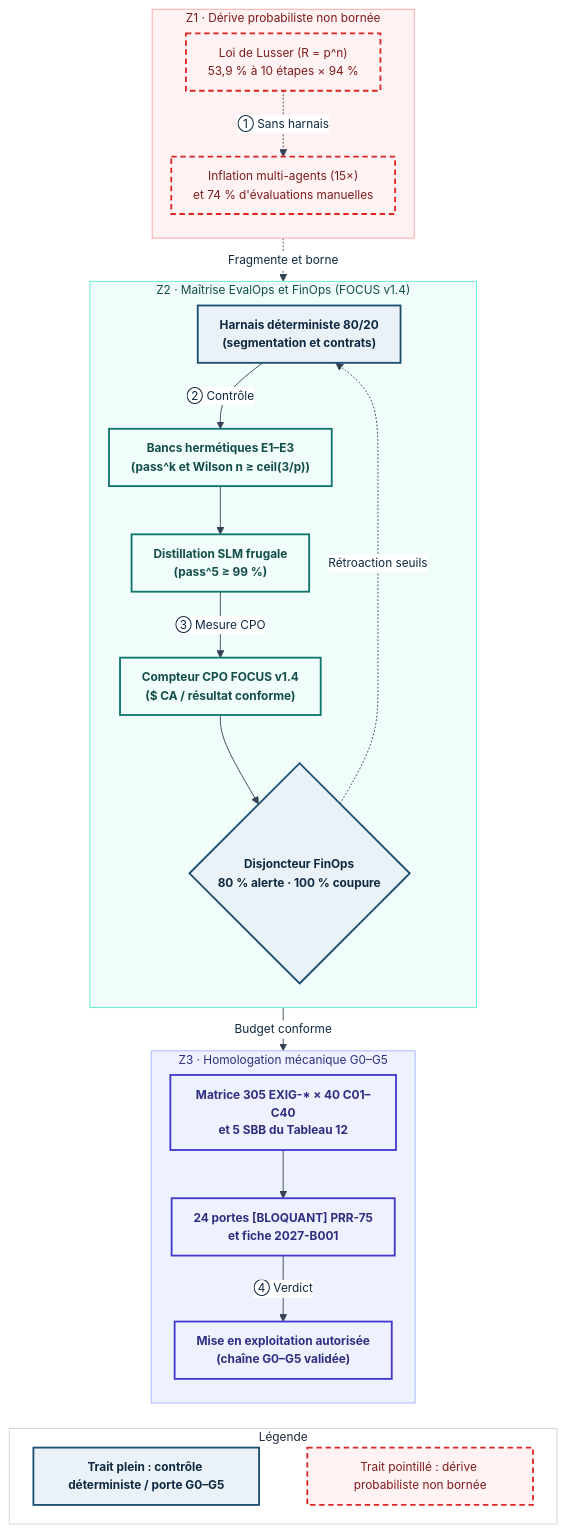
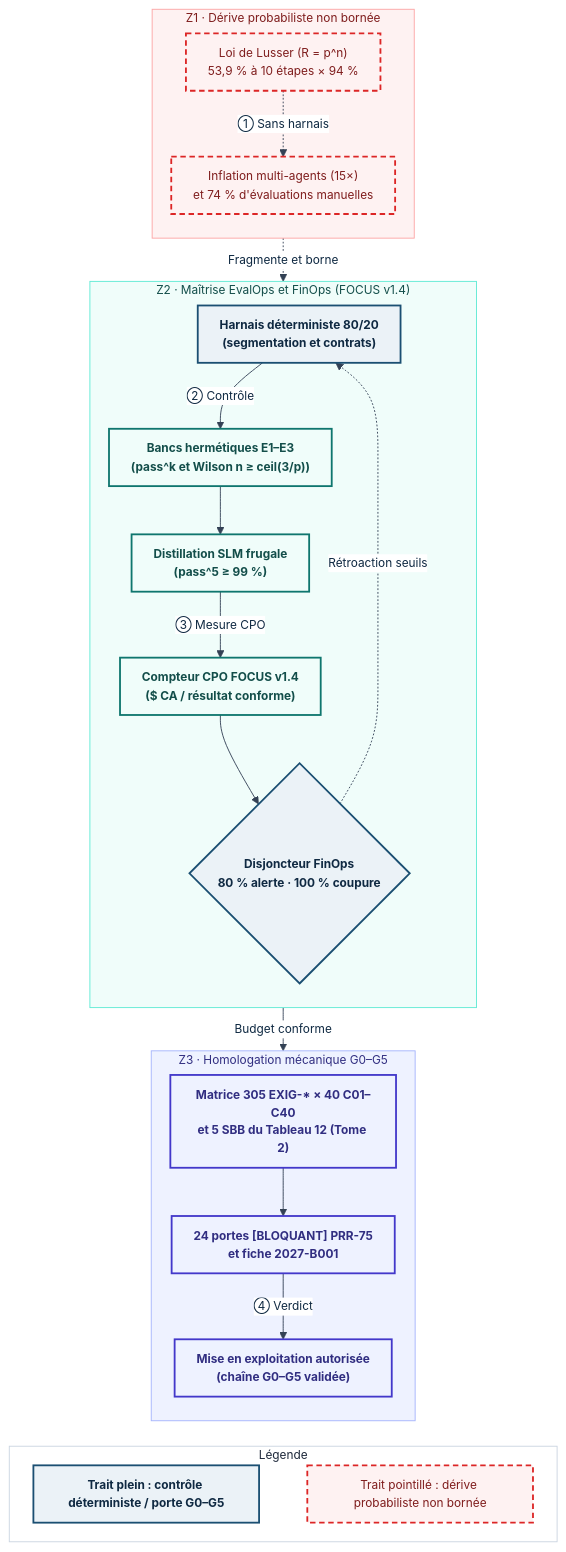
Before and after one commit to agbruneau/Agentique: the diagram in Sources/Compendium/ouvrage/schemas/SCH-00-04.mmd, drawn with Mermaid. The commit also changed 121 other files, not shown here.

```diff
--- a/Sources/Compendium/ouvrage/schemas/SCH-00-04.mmd
+++ b/Sources/Compendium/ouvrage/schemas/SCH-00-04.mmd
@@ -1,51 +1,51 @@
 %%{init: {'theme': 'base', 'themeVariables': {'fontFamily': 'DejaVu Sans', 'fontSize': '13px', 'lineColor': '#334155', 'edgeLabelBackground': '#FFFFFF', 'primaryTextColor': '#0F2942'}, 'flowchart': {'nodeSpacing': 22, 'rankSpacing': 28, 'padding': 12}}}%%
 flowchart TB
   subgraph Z1["Z1 · Dérive probabiliste non bornée"]
     direction TB
     N1["Loi de Lusser (R = p^n)<br/>53,9 % à 10 étapes × 94 %"]:::warn
     N2["Inflation multi-agents (15×)<br/>et 74 % d'évaluations manuelles"]:::warn
     N1 -.->|"① Sans harnais"| N2
   end
 
   subgraph Z2["Z2 · Maîtrise EvalOps et FinOps (FOCUS v1.4)"]
     direction TB
     N3["Harnais déterministe 80/20<br/>(segmentation et contrats)"]:::det
     N4["Bancs hermétiques E1–E3<br/>(pass^k et Wilson n ≥ ceil(3/p))"]:::teal
     N5["Distillation SLM frugale<br/>(pass^5 ≥ 99 %)"]:::teal
     N6["Compteur CPO FOCUS v1.4<br/>($ CA / résultat conforme)"]:::teal
     N7{"Disjoncteur FinOps<br/>80 % alerte · 100 % coupure"}:::det
     N3 -->|"② Contrôle"| N4
     N4 --> N5
     N5 -->|"③ Mesure CPO"| N6
     N6 --> N7
   end
 
   subgraph Z3["Z3 · Homologation mécanique G0–G5"]
     direction TB
-    N8["Matrice 305 EXIG-* × 40 C01–C40<br/>et 5 SBB du Tableau 12"]:::indigo
+    N8["Matrice 305 EXIG-* × 40 C01–C40<br/>et 5 SBB du Tableau 12 (Tome 2)"]:::indigo
     N9["24 portes [BLOQUANT] PRR-75<br/>et fiche 2027-B001"]:::indigo
     N10["Mise en exploitation autorisée<br/>(chaîne G0–G5 validée)"]:::indigo
     N8 --> N9 -->|"④ Verdict"| N10
   end
 
   N2 -.->|"Fragmente et borne"| N3
   N7 -->|"Budget conforme"| N8
   N7 -.->|"Rétroaction seuils"| N3
 
   subgraph LEG["Légende"]
     direction LR
     L_DET["Trait plein : contrôle déterministe / porte G0–G5"]:::det
     L_PROB["Trait pointillé : dérive probabiliste non bornée"]:::warn
     L_DET ~~~ L_PROB
   end
 
   N10 ~~~ L_DET
 
   classDef det fill:#EBF2F7,stroke:#1B4F72,stroke-width:2px,color:#0F2942,font-weight:bold
   classDef warn fill:#FEF2F2,stroke:#DC2626,stroke-width:2px,stroke-dasharray:6 4,color:#7F1D1D
   classDef teal fill:#F0FDFA,stroke:#0F766E,stroke-width:2px,color:#134E4A,font-weight:bold
   classDef indigo fill:#EEF2FF,stroke:#4338CA,stroke-width:2px,color:#312E81,font-weight:bold
   style Z1 fill:#FEF2F2,stroke:#FCA5A5,color:#7F1D1D
   style Z2 fill:#F0FDFA,stroke:#5EEAD4,color:#134E4A
   style Z3 fill:#EEF2FF,stroke:#A5B4FC,color:#312E81
   style LEG fill:#FFFFFF,stroke:#CBD5E1,color:#1E293B
```
